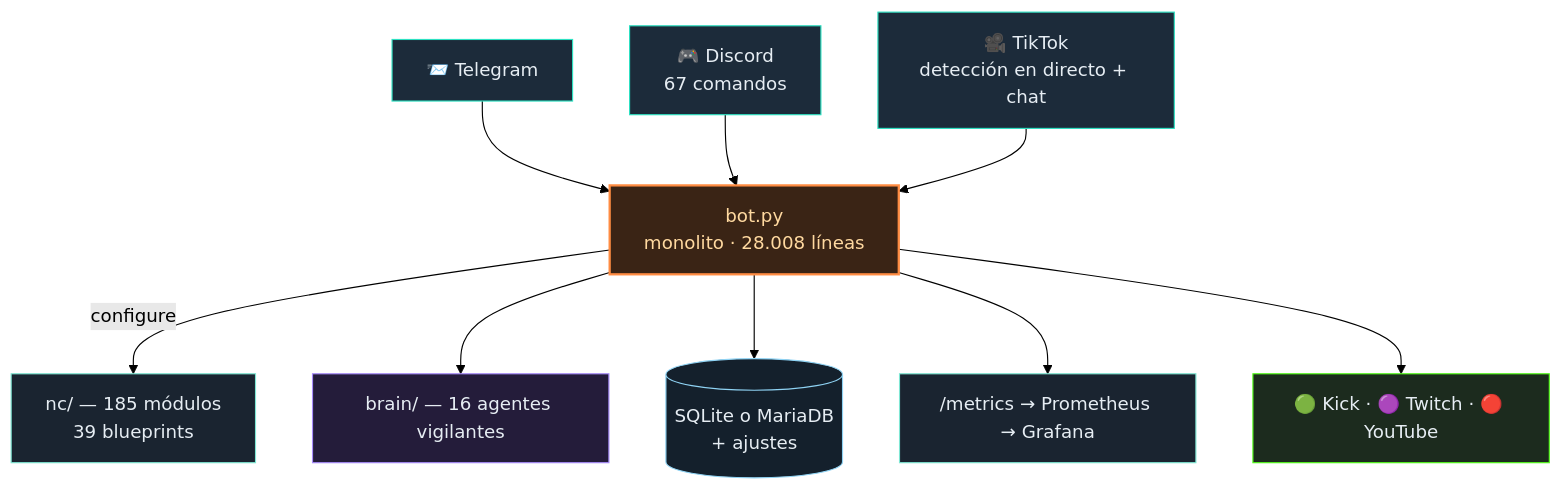
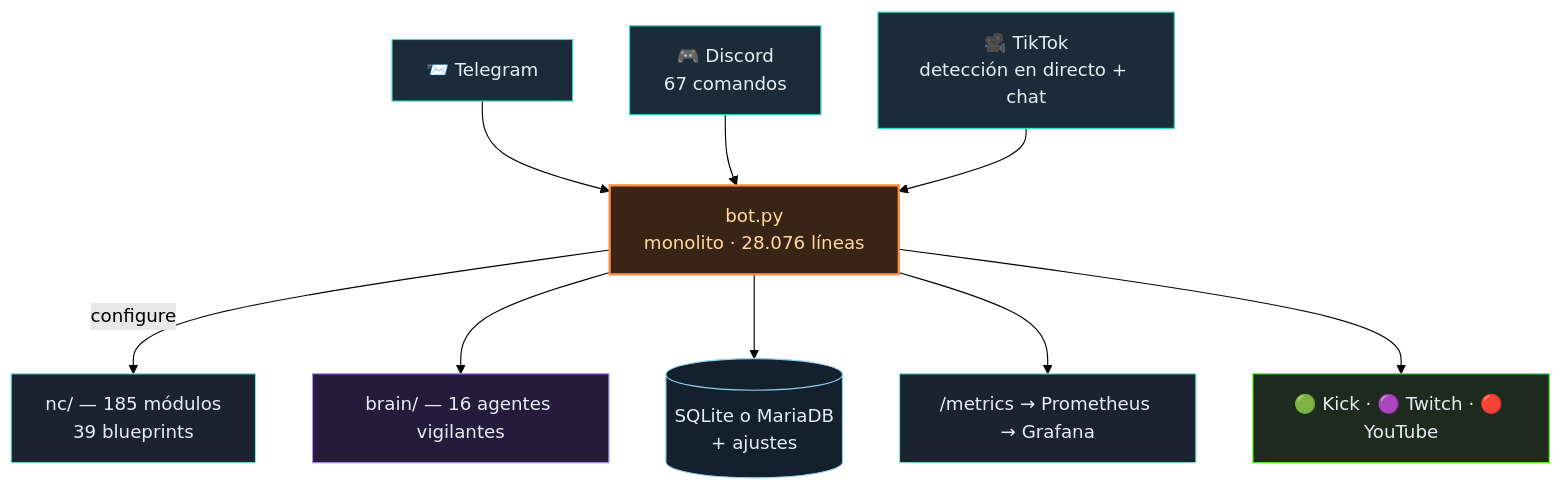
Before and after one commit to itsamemedev/Telegram-Stream-Info-Bot: the diagram in README.es.md, drawn with Mermaid (forest theme). The commit also changed other lines of this file and 15 other files, not shown here.

````diff
--- a/README.es.md
+++ b/README.es.md
@@ -64,18 +64,18 @@
 ```mermaid
 flowchart TB
     TG["📨 Telegram"]:::ein --> BOT
     DC["🎮 Discord<br/>67 comandos"]:::ein --> BOT
     TT["🎥 TikTok<br/>detección en directo + chat"]:::ein --> BOT
-    BOT["bot.py<br/>monolito · 28.008 líneas"]:::core
+    BOT["bot.py<br/>monolito · 28.076 líneas"]:::core
     BOT -->|configure| NC["nc/ — 185 módulos<br/>39 blueprints"]:::lib
     BOT --> BRAIN["brain/ — 16 agentes vigilantes"]:::brain
     BOT --> DB[("SQLite o MariaDB<br/>+ ajustes")]:::db
     BOT --> PROM["/metrics → Prometheus → Grafana"]:::lib
     BOT --> OUT["🟢 Kick · 🟣 Twitch · 🔴 YouTube"]:::out
     classDef ein fill:#1c2b3a,stroke:#2de1c2,color:#e6edf3
     classDef core fill:#3a2415,stroke:#ff8c42,stroke-width:2px,color:#ffd9a0
     classDef lib fill:#1a2430,stroke:#7fe7d4,color:#e6edf3
     classDef brain fill:#241c3a,stroke:#a78bfa,color:#e6edf3
     classDef db fill:#14202c,stroke:#8fd3f4,color:#e6edf3
     classDef out fill:#1c2b1e,stroke:#53fc18,color:#e6edf3
 ```
````
